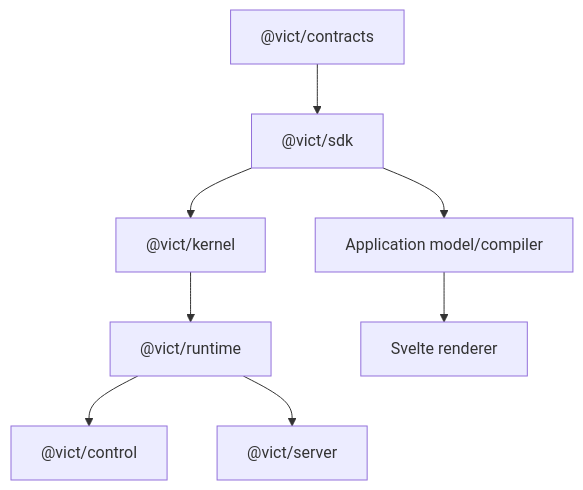
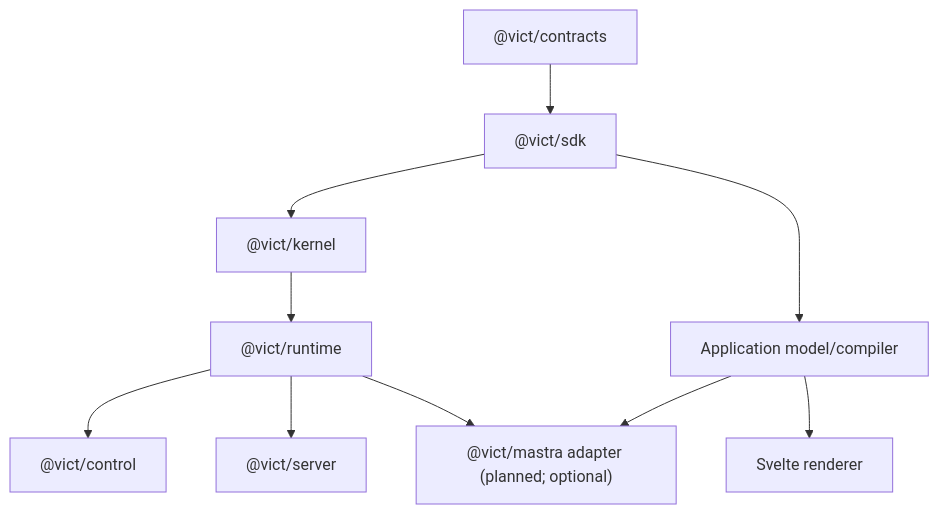
The second of 7 diagrams in docs/VICT-SYSTEM-REFERENCE.md (radz2291/vict-02), drawn with Mermaid before and after one commit. The commit also changed other lines of this file and 1 other file, not shown here.

Commit message:
docs(architecture): define Mastra and ARA integration

````diff
--- a/docs/VICT-SYSTEM-REFERENCE.md
+++ b/docs/VICT-SYSTEM-REFERENCE.md
@@ -294,10 +323,12 @@
 ```mermaid
 flowchart TB
     CONTRACTS["@vict/contracts"] --> SDK["@vict/sdk"]
     SDK --> KERNEL["@vict/kernel"]
     SDK --> APPMODEL["Application model/compiler"]
     KERNEL --> RUNTIME["@vict/runtime"]
     APPMODEL --> RENDERER["Svelte renderer"]
     RUNTIME --> CONTROL["@vict/control"]
     RUNTIME --> SERVER["@vict/server"]
+    RUNTIME --> MASTRA["@vict/mastra adapter (planned; optional)"]
+    APPMODEL --> MASTRA
 ```
````
